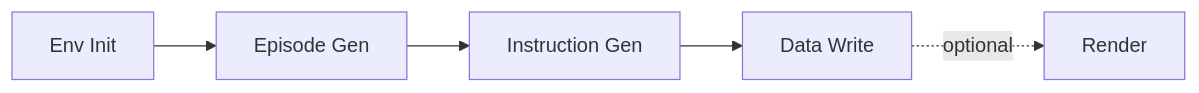
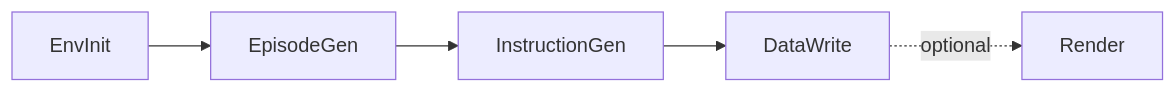
Before and after one commit to EI-Nav/NavArena-Doc: the diagram in docs/data-generator/pipeline.md, drawn with Mermaid. The commit also changed other lines of this file and 28 other files, not shown here.

````diff
--- a/docs/data-generator/pipeline.md
+++ b/docs/data-generator/pipeline.md
@@ -126,7 +57,7 @@
 ```mermaid
 graph LR
-    E1[Env Init] --> E2[Episode Gen]
-    E2 --> E3[Instruction Gen]
-    E3 --> E4[Data Write]
+    E1[EnvInit] --> E2[EpisodeGen]
+    E2 --> E3[InstructionGen]
+    E3 --> E4[DataWrite]
     E4 -.optional.-> E5[Render]
 ```
````
